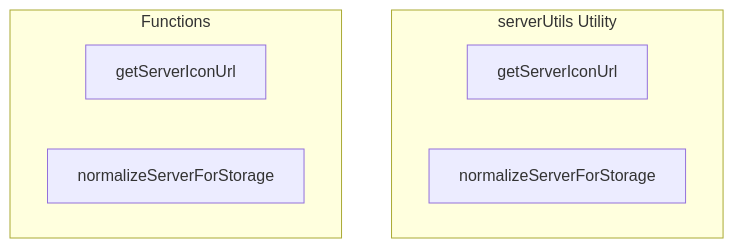
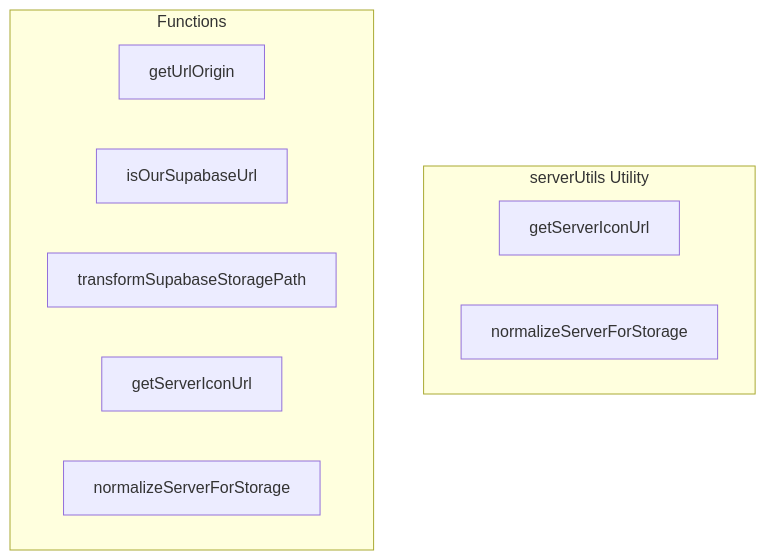
One commit to y4my4my4m/harmony changed the diagram in docs/api/utils/serverutils.md. Above: the diagram before and after it, drawn with Mermaid. The commit also changed other lines of this file and 211 other files, not shown here.

````diff
--- a/docs/api/utils/serverutils.md
+++ b/docs/api/utils/serverutils.md
@@ -7,12 +7,15 @@
 ```mermaid
 graph TB
     subgraph "serverUtils Utility"
         GETSERVERICONURL[getServerIconUrl]
         NORMALIZESERVERFORSTORAGE[normalizeServerForStorage]
     end
     
     subgraph "Functions"
+        FN_GETURLORIGIN[getUrlOrigin]
+        FN_ISOURSUPABASEURL[isOurSupabaseUrl]
+        FN_TRANSFORMSUPABASESTORAGEPATH[transformSupabaseStoragePath]
         FN_GETSERVERICONURL[getServerIconUrl]
         FN_NORMALIZESERVERFORSTORAGE[normalizeServerForStorage]
     end
 ```
````
